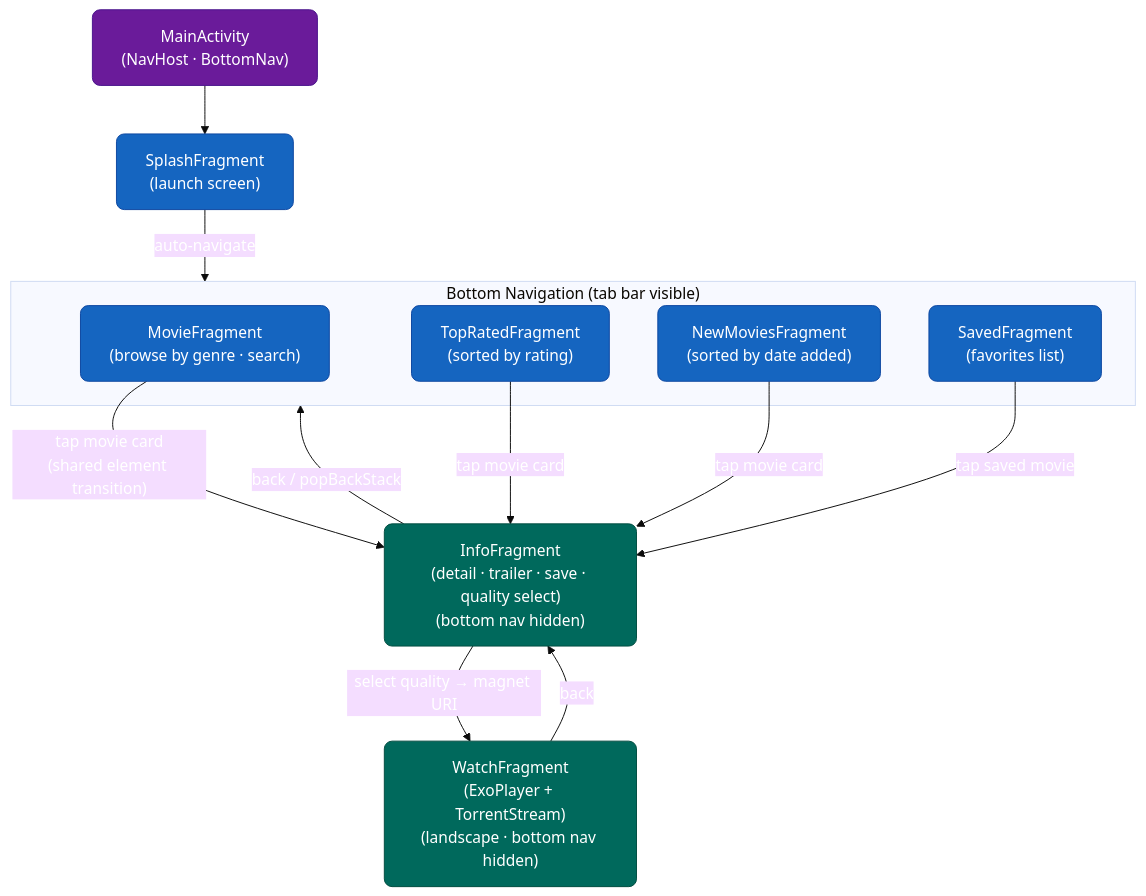
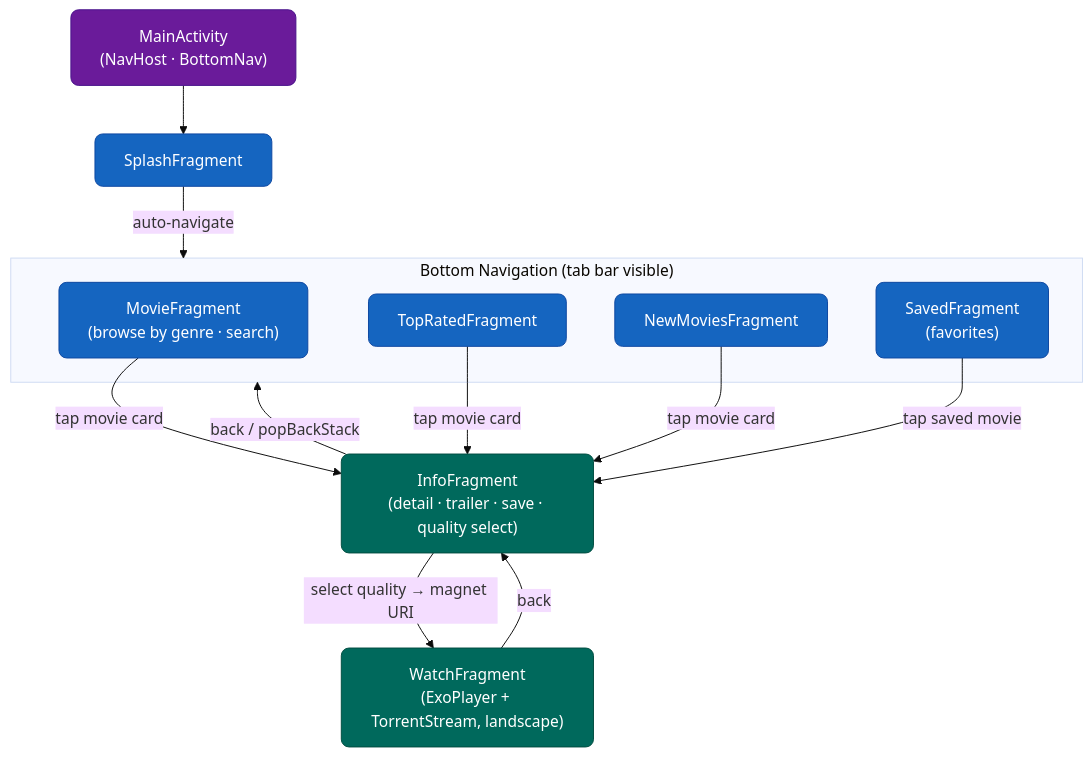
One commit to PRADEEPERIYASAMY/MyMovies changed the fourth of 5 diagrams in README.md. Above: the diagram before and after it, drawn with Mermaid (base theme). The commit also changed other lines of this file, not shown here.

````diff
--- a/README.md
+++ b/README.md
@@ -398,38 +360,29 @@
 ```mermaid
 flowchart TD
     classDef screen fill:#1565C0,stroke:#0D47A1,color:#fff,rx:8
     classDef host fill:#6A1B9A,stroke:#4A148C,color:#fff,rx:8
     classDef special fill:#00695C,stroke:#004D40,color:#fff,rx:8
-    classDef label fill:#E64A19,stroke:#BF360C,color:#fff
 
-    MA["MainActivity\n(NavHost · BottomNav)"]
-
-    MA --> SF
-
-    SF["SplashFragment\n(launch screen)"]
+    MA["MainActivity\n(NavHost · BottomNav)"] --> SF["SplashFragment"]
     SF -->|"auto-navigate"| BNAV
 
     subgraph BNAV["Bottom Navigation (tab bar visible)"]
         MF["MovieFragment\n(browse by genre · search)"]
-        TRF["TopRatedFragment\n(sorted by rating)"]
-        NMF["NewMoviesFragment\n(sorted by date added)"]
-        SAF["SavedFragment\n(favorites list)"]
+        TRF["TopRatedFragment"]
+        NMF["NewMoviesFragment"]
+        SAF["SavedFragment\n(favorites)"]
     end
 
-    MF -->|"tap movie card\n(shared element transition)"| IF
+    MF -->|"tap movie card"| IF
     TRF -->|"tap movie card"| IF
     NMF -->|"tap movie card"| IF
     SAF -->|"tap saved movie"| IF
 
-    IF["InfoFragment\n(detail · trailer · save · quality select)\n(bottom nav hidden)"]
-    IF -->|"select quality → magnet URI"| WF
-
-    WF["WatchFragment\n(ExoPlayer + TorrentStream)\n(landscape · bottom nav hidden)"]
-
-    WF -->|"back"| IF
+    IF["InfoFragment\n(detail · trailer · save · quality select)"] -->|"select quality → magnet URI"| WF
+    WF["WatchFragment\n(ExoPlayer + TorrentStream, landscape)"] -->|"back"| IF
     IF -->|"back / popBackStack"| BNAV
 
     class MA host
     class SF,MF,TRF,NMF,SAF screen
     class IF,WF special
 ```
````
